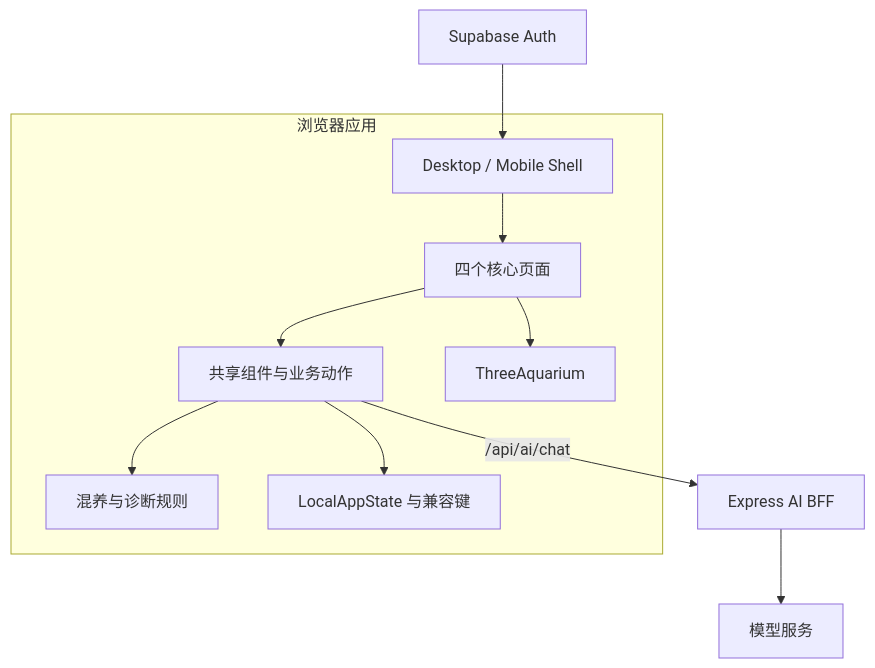
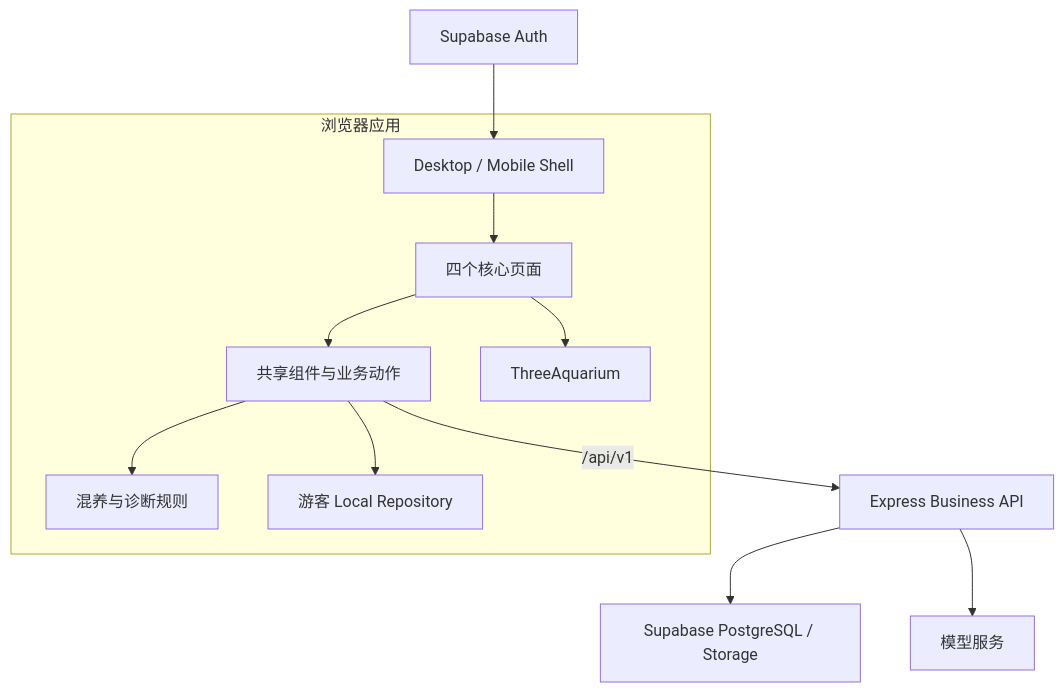
Before and after one commit to chusday97/aquaguide_frontend: the diagram in docs/03-development/TECH_ARCHITECTURE.md, drawn with Mermaid. The commit also changed other lines of this file and 26 other files, not shown here.

````diff
--- a/docs/03-development/TECH_ARCHITECTURE.md
+++ b/docs/03-development/TECH_ARCHITECTURE.md
@@ -17,18 +17,19 @@
 ```mermaid
 flowchart TB
   subgraph Client["浏览器应用"]
     Shell["Desktop / Mobile Shell"]
     Pages["四个核心页面"]
     Shared["共享组件与业务动作"]
     Rules["混养与诊断规则"]
-    Storage["LocalAppState 与兼容键"]
+    Storage["游客 Local Repository"]
     Three["ThreeAquarium"]
     Shell --> Pages --> Shared
     Shared --> Rules
     Shared --> Storage
     Pages --> Three
   end
-  Shared -->|"/api/ai/chat"| API["Express AI BFF"]
+  Shared -->|"/api/v1"| API["Express Business API"]
+  API --> Database["Supabase PostgreSQL / Storage"]
   API --> Model["模型服务"]
   Auth["Supabase Auth"] --> Shell
 ```
````
